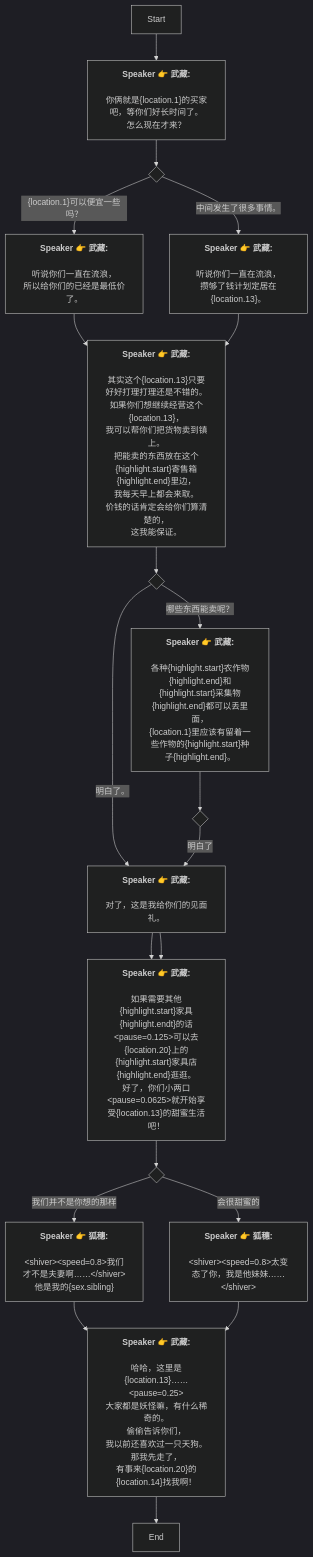
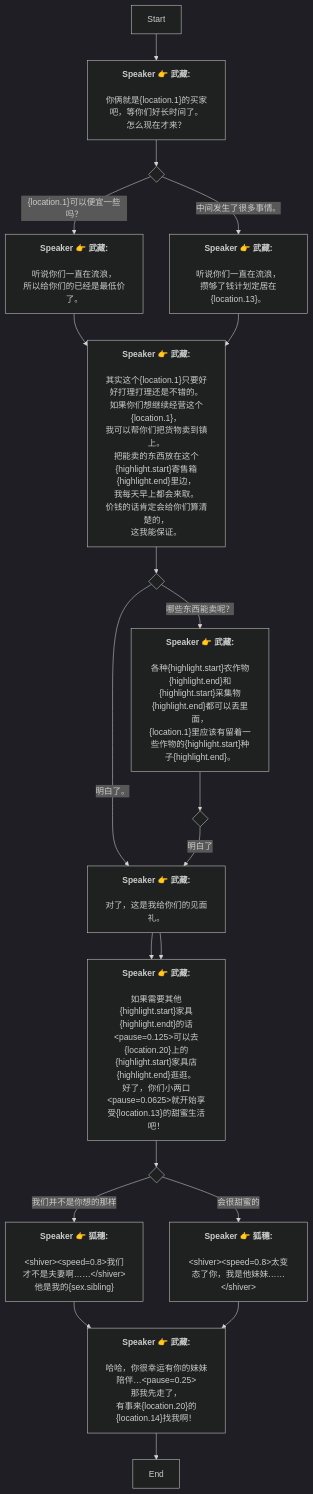
One commit to SoftHu/tos_avg changed the diagram in Zh/QuestTalkObjectiveNode_1738369380329593.md. Above: the diagram before and after it, drawn with Mermaid (dark theme). The commit also changed 297 other files, not shown here.

````diff
--- a/Zh/QuestTalkObjectiveNode_1738369380329593.md
+++ b/Zh/QuestTalkObjectiveNode_1738369380329593.md
@@ -1,80 +1,74 @@
 ```mermaid
 graph
 Start -->1738369447807100[<b>Speaker 👉 武藏:</b>
 
 你俩就是&lbrace;location.1&rbrace;的买家吧，等你们好长时间了。
 怎么现在才来？]
 1738369447807100 -->1738369487068285{ }
 1738369487068285 -->|&lbrace;location.1&rbrace;可以便宜一些吗？|1738369514544259[<b>Speaker 👉 武藏:</b>
 
 听说你们一直在流浪，
 所以给你们的已经是最低价了。]
 1738369487068285 -->|中间发生了很多事情。|1738369637289097[<b>Speaker 👉 武藏:</b>
 
 听说你们一直在流浪，
 攒够了钱计划定居在&lbrace;location.13&rbrace;。]
 1738369514544259 -->1742696668586266[<b>Speaker 👉 武藏:</b>
 
-其实这个&lbrace;location.13&rbrace;只要好好打理打理还是不错的。
-如果你们想继续经营这个&lbrace;location.13&rbrace;，
+其实这个&lbrace;location.1&rbrace;只要好好打理打理还是不错的。
+如果你们想继续经营这个&lbrace;location.1&rbrace;，
 我可以帮你们把货物卖到镇上。
 把能卖的东西放在这个&lbrace;highlight.start&rbrace;寄售箱&lbrace;highlight.end&rbrace;里边，
 我每天早上都会来取。
 价钱的话肯定会给你们算清楚的，
 这我能保证。]
 1742696668586266 -->1738369604865156{ }
 1738369604865156 -->|哪些东西能卖呢？|1738369892088971[<b>Speaker 👉 武藏:</b>
 
 各种&lbrace;highlight.start&rbrace;农作物&lbrace;highlight.end&rbrace;和&lbrace;highlight.start&rbrace;采集物&lbrace;highlight.end&rbrace;都可以丢里面，
 &lbrace;location.1&rbrace;里应该有留着一些作物的&lbrace;highlight.start&rbrace;种子&lbrace;highlight.end&rbrace;。]
 1738369604865156 -->|明白了。|1741542909956340[<b>Speaker 👉 武藏:</b>
 
 对了，这是我给你们的见面礼。]
 1738369892088971 -->1738369962747020{ }
 1738369962747020 -->|明白了|1741542909956340[<b>Speaker 👉 武藏:</b>
 
 对了，这是我给你们的见面礼。]
 1741542909956340 -->1738369888274570[<b>Speaker 👉 武藏:</b>
 
 如果需要其他&lbrace;highlight.start&rbrace;家具&lbrace;highlight.endt&rbrace;的话&lt;pause=0.125&gt;可以去&lbrace;location.20&rbrace;上的&lbrace;highlight.start&rbrace;家具店&lbrace;highlight.end&rbrace;逛逛。
 好了，你们小两口&lt;pause=0.0625&gt;就开始享受&lbrace;location.13&rbrace;的甜蜜生活吧！]
 1741542909956340 -->1738369888274570[<b>Speaker 👉 武藏:</b>
 
 如果需要其他&lbrace;highlight.start&rbrace;家具&lbrace;highlight.endt&rbrace;的话&lt;pause=0.125&gt;可以去&lbrace;location.20&rbrace;上的&lbrace;highlight.start&rbrace;家具店&lbrace;highlight.end&rbrace;逛逛。
 好了，你们小两口&lt;pause=0.0625&gt;就开始享受&lbrace;location.13&rbrace;的甜蜜生活吧！]
 1738369888274570 -->1738369982437519{ }
 1738369982437519 -->|我们并不是你想的那样|1738388857535646[<b>Speaker 👉 狐穗:</b>
 
 &lt;shiver&gt;&lt;speed=0.8&gt;我们才不是夫妻啊……&lt;/shiver&gt;
 他是我的&lbrace;sex.sibling&rbrace;]
 1738369982437519 -->|会很甜蜜的|1738388885747871[<b>Speaker 👉 狐穗:</b>
 
 &lt;shiver&gt;&lt;speed=0.8&gt;太变态了你，我是他妹妹……&lt;/shiver&gt;]
 1738388857535646 -->1738370006176916[<b>Speaker 👉 武藏:</b>
 
-哈哈，这里是&lbrace;location.13&rbrace;……&lt;pause=0.25&gt;
-大家都是妖怪嘛，有什么稀奇的。
-偷偷告诉你们，
-我以前还喜欢过一只天狗。
+哈哈，你很幸运有你的妹妹陪伴…&lt;pause=0.25&gt;
 那我先走了，
 有事来&lbrace;location.20&rbrace;的&lbrace;location.14&rbrace;找我啊！]
 1738370006176916 -->1738370113018005[End]
 1738388885747871 -->1738370006176916[<b>Speaker 👉 武藏:</b>
 
-哈哈，这里是&lbrace;location.13&rbrace;……&lt;pause=0.25&gt;
-大家都是妖怪嘛，有什么稀奇的。
-偷偷告诉你们，
-我以前还喜欢过一只天狗。
+哈哈，你很幸运有你的妹妹陪伴…&lt;pause=0.25&gt;
 那我先走了，
 有事来&lbrace;location.20&rbrace;的&lbrace;location.14&rbrace;找我啊！]
 1738369637289097 -->1742696668586266[<b>Speaker 👉 武藏:</b>
 
-其实这个&lbrace;location.13&rbrace;只要好好打理打理还是不错的。
-如果你们想继续经营这个&lbrace;location.13&rbrace;，
+其实这个&lbrace;location.1&rbrace;只要好好打理打理还是不错的。
+如果你们想继续经营这个&lbrace;location.1&rbrace;，
 我可以帮你们把货物卖到镇上。
 把能卖的东西放在这个&lbrace;highlight.start&rbrace;寄售箱&lbrace;highlight.end&rbrace;里边，
 我每天早上都会来取。
 价钱的话肯定会给你们算清楚的，
 这我能保证。]
 
  ```
````
